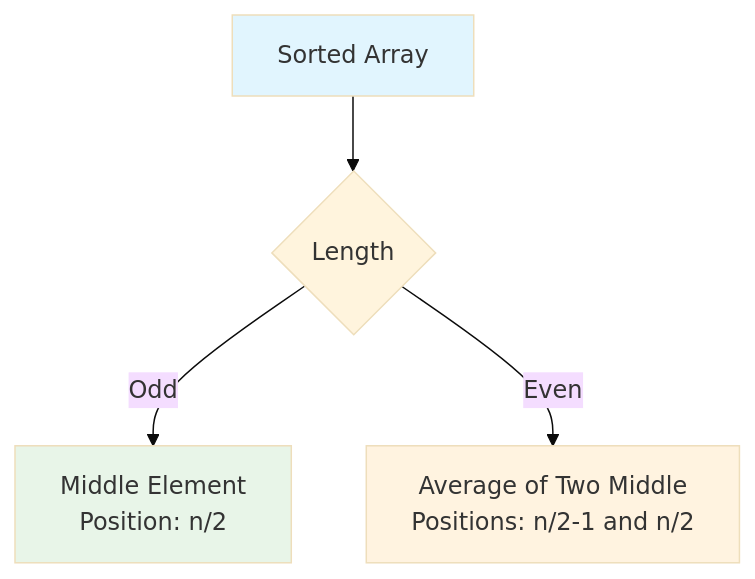
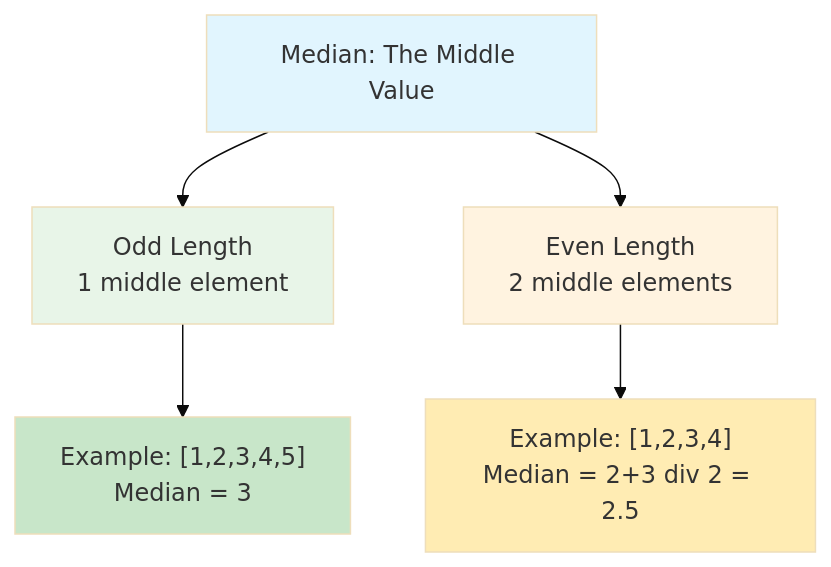
One commit to LuckyLongre123/DSA_CPP changed the first of 25 diagrams in Day_043/README.md. Above: the diagram before and after it, drawn with Mermaid (base theme). The commit also changed other lines of this file and 10 other files, not shown here.

````diff
--- a/Day_043/README.md
+++ b/Day_043/README.md
@@ -41,10 +49,14 @@
 ```mermaid
-graph TD
-    A[Sorted Array] --> B{Length}
-    B -->|Odd| C[Middle Element<br/>Position: n/2]
-    B -->|Even| D[Average of Two Middle<br/>Positions: n/2-1 and n/2]
+flowchart TD
+    A["Median: The Middle Value"] --> B["Odd Length<br/>1 middle element"]
+    A --> C["Even Length<br/>2 middle elements"]
+    
+    B --> D["Example: [1,2,3,4,5]<br/>Median = 3"]
+    C --> E["Example: [1,2,3,4]<br/>Median = 2+3 div 2 = 2.5"]
     
     style A fill:#e1f5fe
-    style C fill:#e8f5e8
-    style D fill:#fff3e0
+    style B fill:#e8f5e8
+    style C fill:#fff3e0
+    style D fill:#c8e6c9
+    style E fill:#ffecb3
 ```
````
